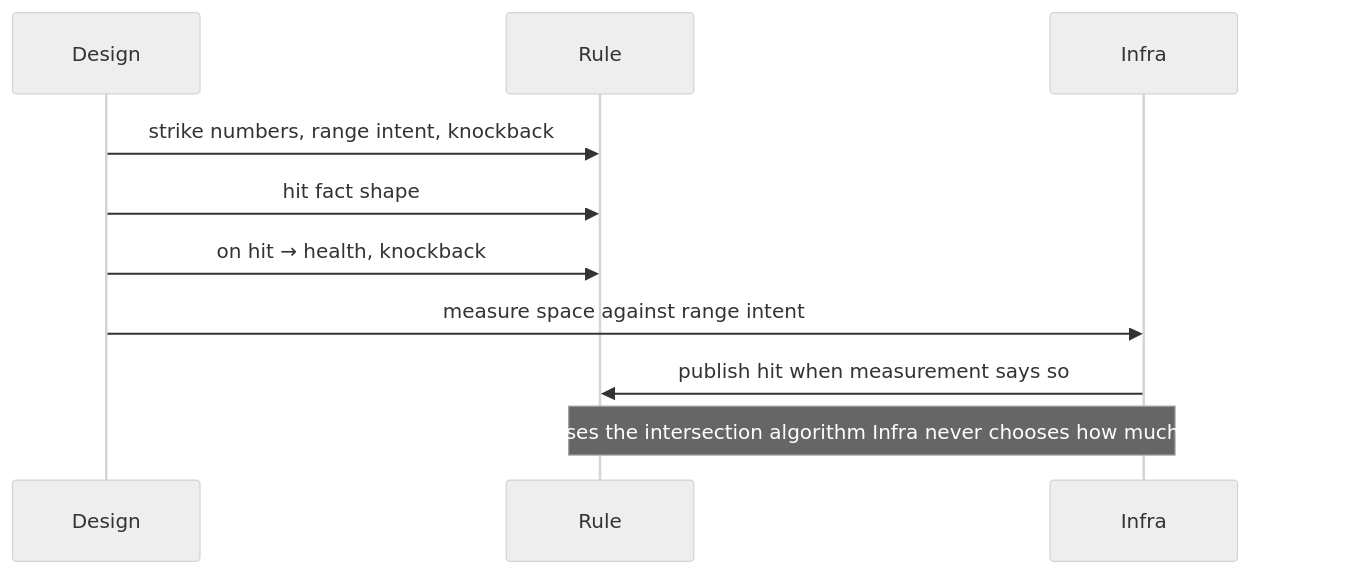
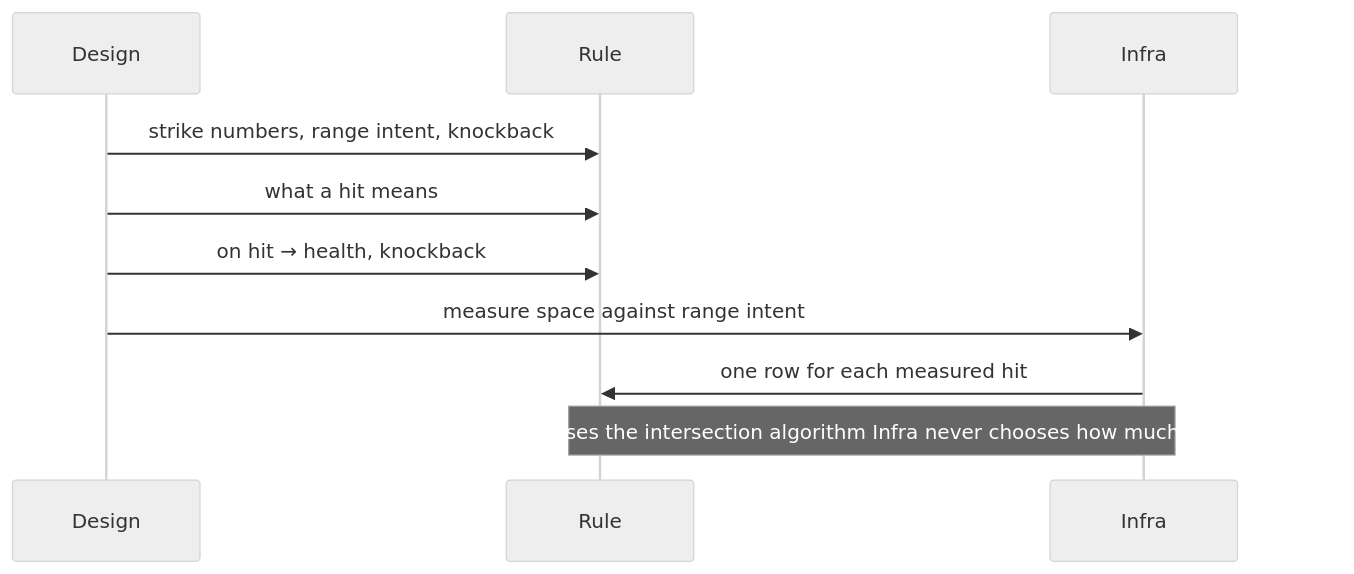
One commit to fm39hz/fm39hz-blogs changed the first of 7 diagrams in src/content/articles/another-way-to-think-about-game-architecture.md. Above: the diagram before and after it, drawn with Mermaid (neutral theme). The commit also changed other lines of this file and 1 other file, not shown here.

````diff
--- a/src/content/articles/another-way-to-think-about-game-architecture.md
+++ b/src/content/articles/another-way-to-think-about-game-architecture.md
@@ -71,15 +87,15 @@
 ```mermaid
 sequenceDiagram
     participant Design
     participant Rule
     participant Infra
 
     Design->>Rule: strike numbers, range intent, knockback
-    Design->>Rule: hit fact shape
+    Design->>Rule: what a hit means
     Design->>Rule: on hit → health, knockback
 
     Design->>Infra: measure space against range intent
-    Infra->>Rule: publish hit when measurement says so
+    Infra->>Rule: one row for each measured hit
 
     Note over Rule,Infra: Rule never chooses the intersection algorithm Infra never chooses how much damage means
 ```
````
